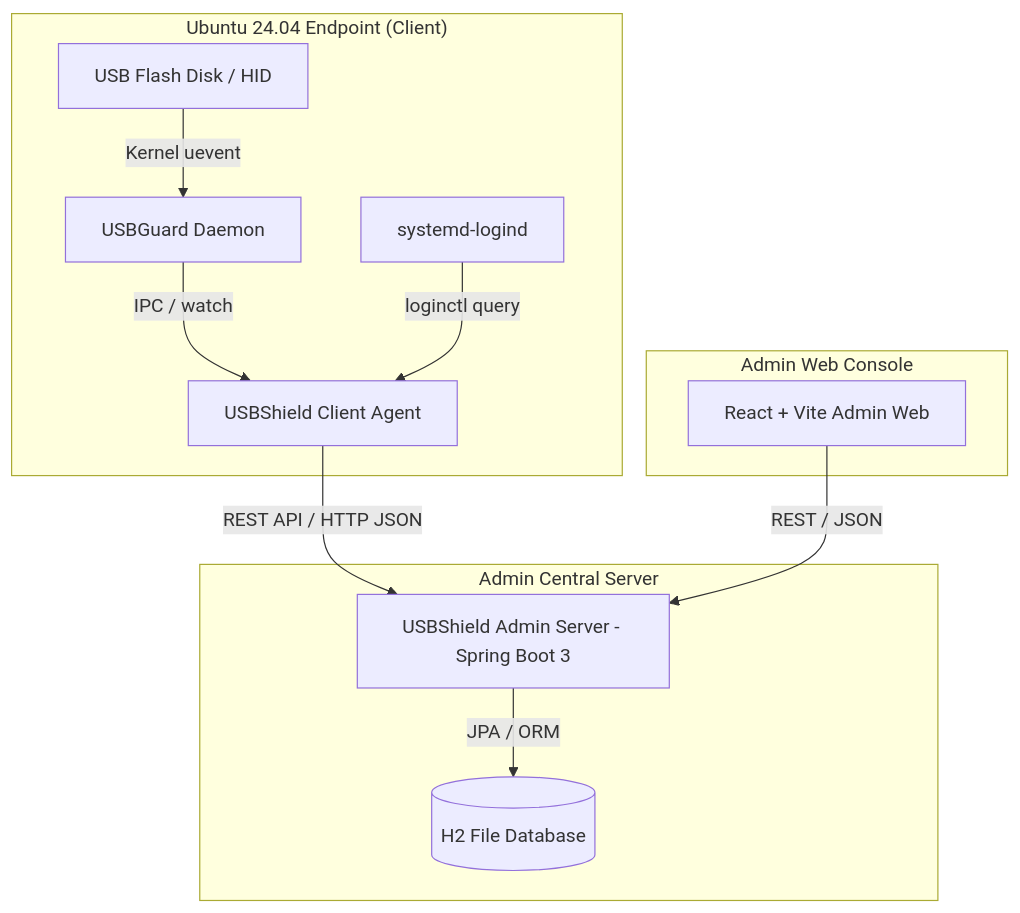
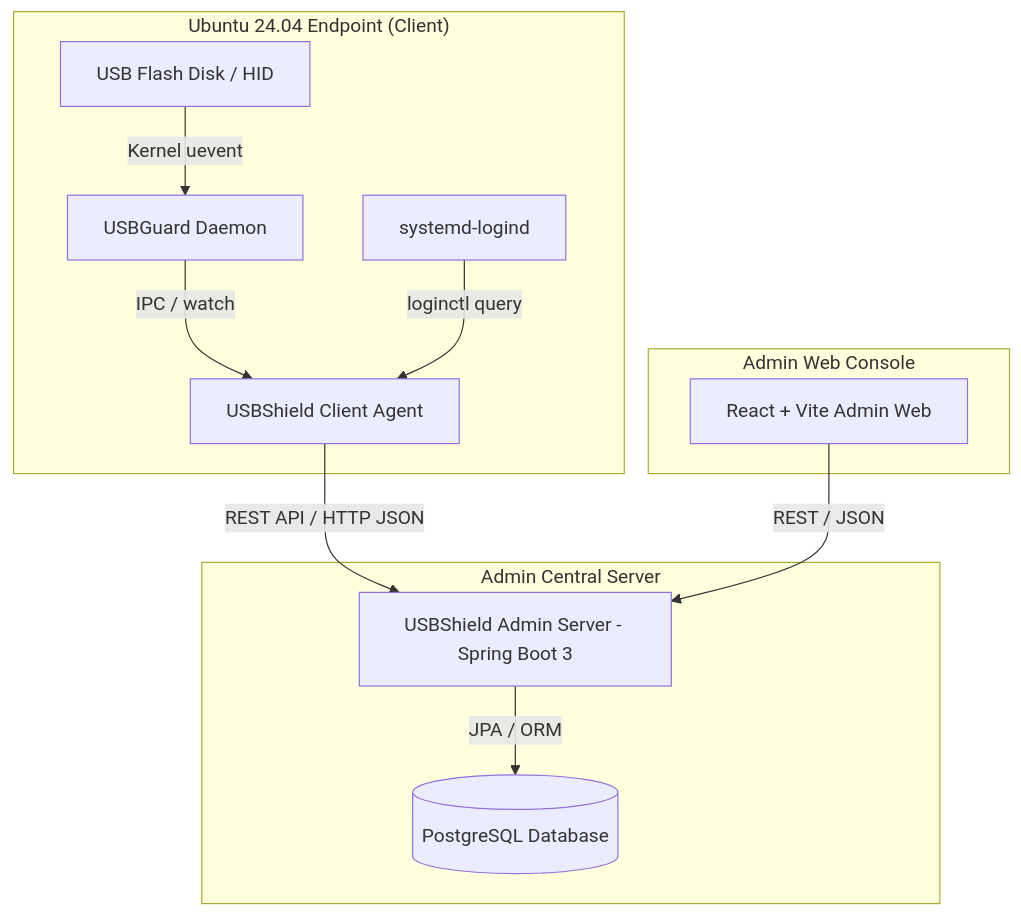
The first of 2 diagrams in docs/ARCHITECTURE.md (chivan2925/USBProtection), drawn with Mermaid before and after one commit. The commit also changed other lines of this file and 13 other files, not shown here.

Commit message:
docs(database): align blueprint and documentation with PostgreSQL migration

````diff
--- a/docs/ARCHITECTURE.md
+++ b/docs/ARCHITECTURE.md
@@ -34,17 +36,17 @@
 ```mermaid
 graph TB
     subgraph Ubuntu_Endpoint ["Ubuntu 24.04 Endpoint (Client)"]
         USB[USB Flash Disk / HID] -->|Kernel uevent| UG[USBGuard Daemon]
         UG -->|IPC / watch| AGENT[USBShield Client Agent]
         LOGIND[systemd-logind] -->|loginctl query| AGENT
     end
 
     subgraph Admin_Central ["Admin Central Server"]
         AGENT -->|REST API / HTTP JSON| SERVER[USBShield Admin Server - Spring Boot 3]
-        SERVER -->|JPA / ORM| DB[(H2 File Database)]
+        SERVER -->|JPA / ORM| DB[(PostgreSQL Database)]
     end
 
     subgraph Admin_Console ["Admin Web Console"]
         WEB[React + Vite Admin Web] -->|REST / JSON| SERVER
     end
 ```
````
